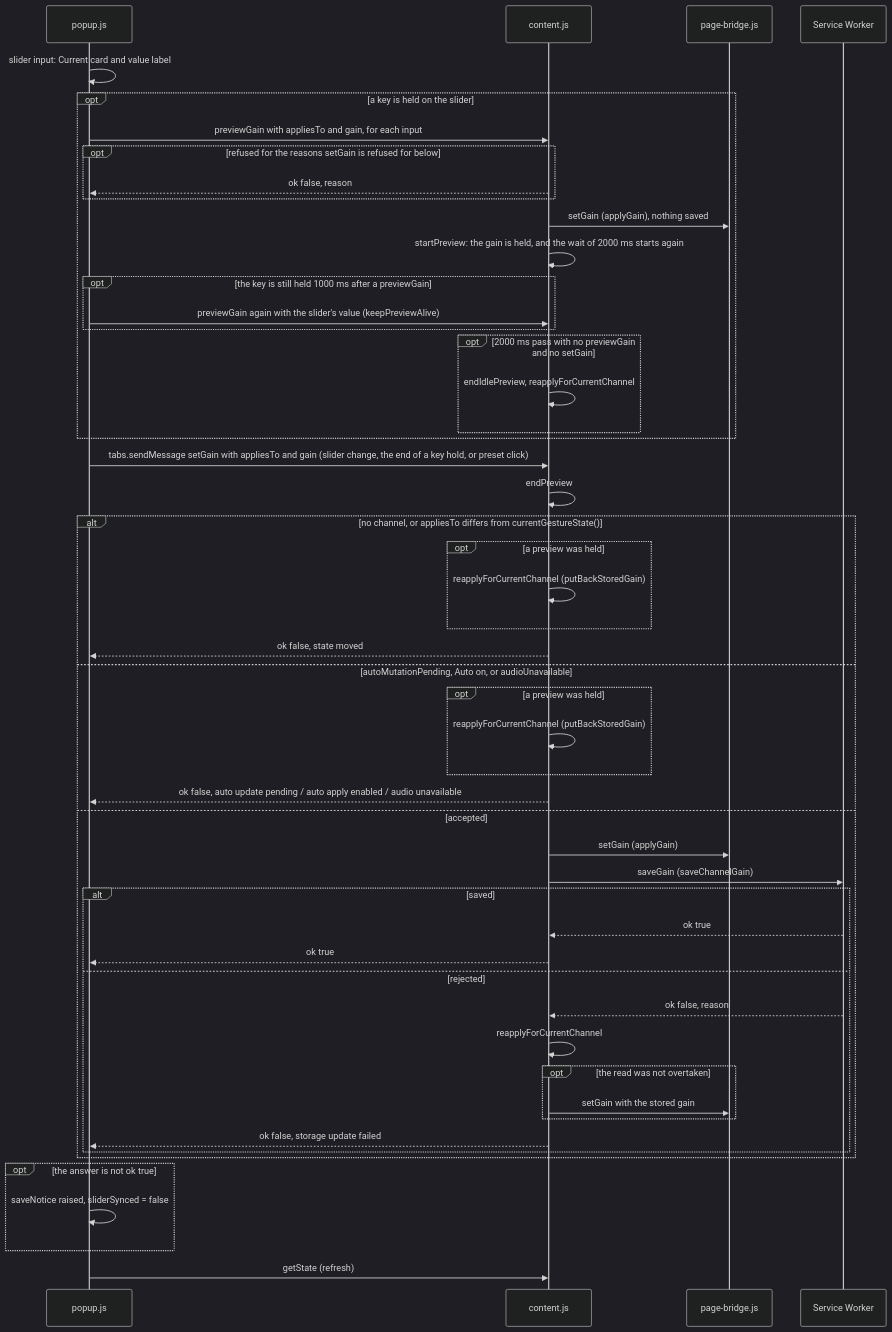
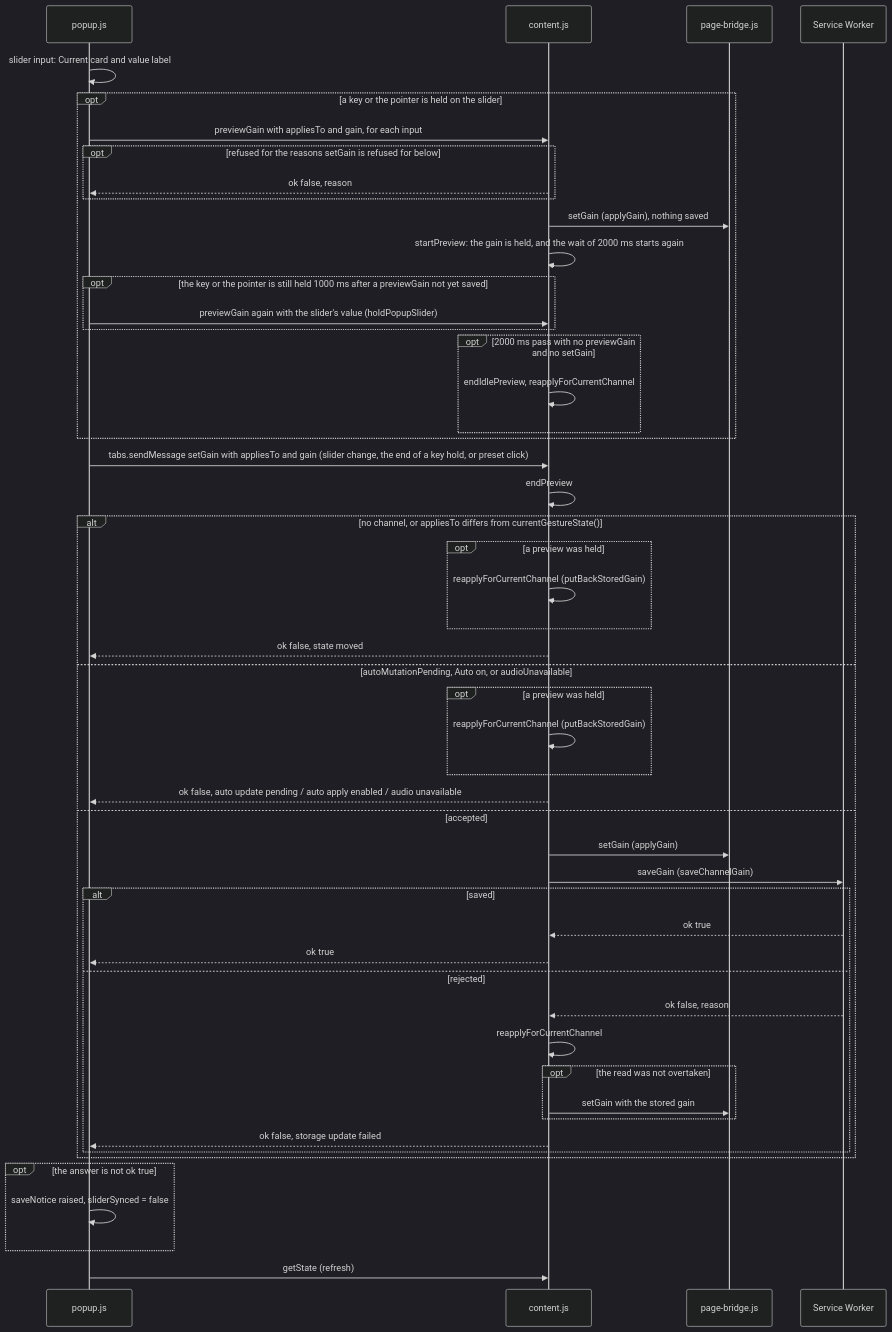
The sixth of 17 diagrams in docs/gain-change-and-save.md (semnil/twitch-channel-volume), drawn with Mermaid (dark theme) before and after one commit. The commit also changed other lines of this file and 7 other files, not shown here.

Commit message:
fix: take the popup slider's gesture from core/common.js, heard during a drag as during a key hold

````diff
--- a/docs/gain-change-and-save.md
+++ b/docs/gain-change-and-save.md
@@ -260,53 +260,53 @@
 ```mermaid
 sequenceDiagram
   participant popup as popup.js
   participant content as content.js
   participant bridge as page-bridge.js
   participant sw as Service Worker
   popup->>popup: slider input: Current card and value label
-  opt a key is held on the slider
+  opt a key or the pointer is held on the slider
     popup->>content: previewGain with appliesTo and gain, for each input
     opt refused for the reasons setGain is refused for below
       content-->>popup: ok false, reason
     end
     content->>bridge: setGain (applyGain), nothing saved
     content->>content: startPreview: the gain is held, and the wait of 2000 ms starts again
-    opt the key is still held 1000 ms after a previewGain
-      popup->>content: previewGain again with the slider's value (keepPreviewAlive)
+    opt the key or the pointer is still held 1000 ms after a previewGain not yet saved
+      popup->>content: previewGain again with the slider's value (holdPopupSlider)
     end
     opt 2000 ms pass with no previewGain and no setGain
       content->>content: endIdlePreview, reapplyForCurrentChannel
     end
   end
   popup->>content: tabs.sendMessage setGain with appliesTo and gain (slider change, the end of a key hold, or preset click)
   content->>content: endPreview
   alt no channel, or appliesTo differs from currentGestureState()
     opt a preview was held
       content->>content: reapplyForCurrentChannel (putBackStoredGain)
     end
     content-->>popup: ok false, state moved
   else autoMutationPending, Auto on, or audioUnavailable
     opt a preview was held
       content->>content: reapplyForCurrentChannel (putBackStoredGain)
     end
     content-->>popup: ok false, auto update pending / auto apply enabled / audio unavailable
   else accepted
     content->>bridge: setGain (applyGain)
     content->>sw: saveGain (saveChannelGain)
     alt saved
       sw-->>content: ok true
       content-->>popup: ok true
     else rejected
       sw-->>content: ok false, reason
       content->>content: reapplyForCurrentChannel
       opt the read was not overtaken
         content->>bridge: setGain with the stored gain
       end
       content-->>popup: ok false, storage update failed
     end
   end
   opt the answer is not ok true
     popup->>popup: saveNotice raised, sliderSynced = false
   end
   popup->>content: getState (refresh)
 ```
````
